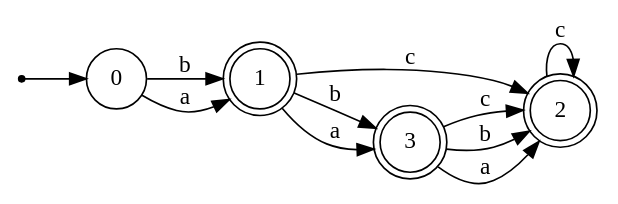
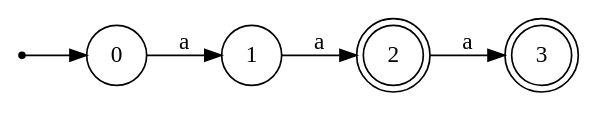
One commit to HotHeadd/automata25_mephi changed the diagram in 2/visuals/automaton.dot. Above: the diagram before and after it, drawn with Graphviz. The commit also changed 5 other files, not shown here.

```diff
--- a/2/visuals/automaton.dot
+++ b/2/visuals/automaton.dot
@@ -1,19 +1,12 @@
 digraph DFA {
   rankdir=LR;
   node [shape = doublecircle];
-  1;
   2;
   3;
   node [shape = circle];
   start [shape=point];
   start -> 0;
-  0 -> 1 [label="b"];
   0 -> 1 [label="a"];
-  1 -> 2 [label="c"];
-  1 -> 3 [label="b"];
-  1 -> 3 [label="a"];
-  2 -> 2 [label="c"];
-  3 -> 2 [label="c"];
-  3 -> 2 [label="b"];
-  3 -> 2 [label="a"];
+  1 -> 2 [label="a"];
+  2 -> 3 [label="a"];
 }
```
